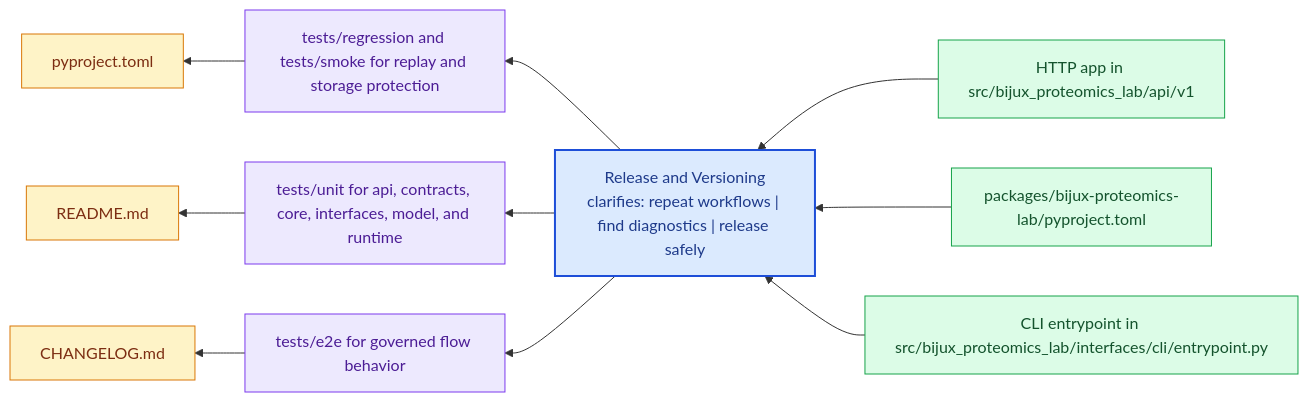
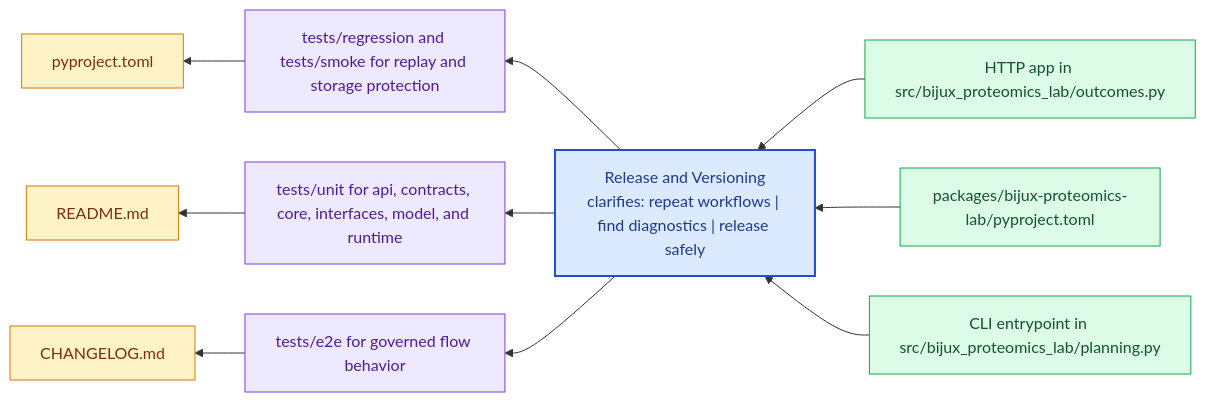
Before and after one commit to bijux/bijux-proteomics: the diagram in docs/bijux-proteomics-lab/operations/release-and-versioning.md, drawn with Mermaid. The commit also changed 24 other files, not shown here.

Commit message:
docs(bijux-proteomics-lab): align handbook with assay planning and outcome loops

````diff
--- a/docs/bijux-proteomics-lab/operations/release-and-versioning.md
+++ b/docs/bijux-proteomics-lab/operations/release-and-versioning.md
@@ -23,31 +23,31 @@
 ```mermaid
 flowchart RL
     page["Release and Versioning<br/>clarifies: repeat workflows | find diagnostics | release safely"]
     classDef page fill:#dbeafe,stroke:#1d4ed8,color:#1e3a8a,stroke-width:2px;
     classDef positive fill:#dcfce7,stroke:#16a34a,color:#14532d;
     classDef caution fill:#fee2e2,stroke:#dc2626,color:#7f1d1d;
     classDef anchor fill:#ede9fe,stroke:#7c3aed,color:#4c1d95;
     classDef action fill:#fef3c7,stroke:#d97706,color:#7c2d12;
-    step1["HTTP app in src/bijux_proteomics_lab/api/v1"]
+    step1["HTTP app in src/bijux_proteomics_lab/outcomes.py"]
     step1 --> page
     step2["packages/bijux-proteomics-lab/pyproject.toml"]
     step2 --> page
-    step3["CLI entrypoint in src/bijux_proteomics_lab/interfaces/cli/entrypoint.py"]
+    step3["CLI entrypoint in src/bijux_proteomics_lab/planning.py"]
     step3 --> page
     run1["tests/regression and tests/smoke for replay and storage protection"]
     page --> run1
     run2["tests/unit for api, contracts, core, interfaces, model, and runtime"]
     page --> run2
     run3["tests/e2e for governed flow behavior"]
     page --> run3
     release1["pyproject.toml"]
     run1 --> release1
     release2["README.md"]
     run2 --> release2
     release3["CHANGELOG.md"]
     run3 --> release3
     class page page;
     class step1,step2,step3 positive;
     class run1,run2,run3 anchor;
     class release1,release2,release3 action;
 ```
````
